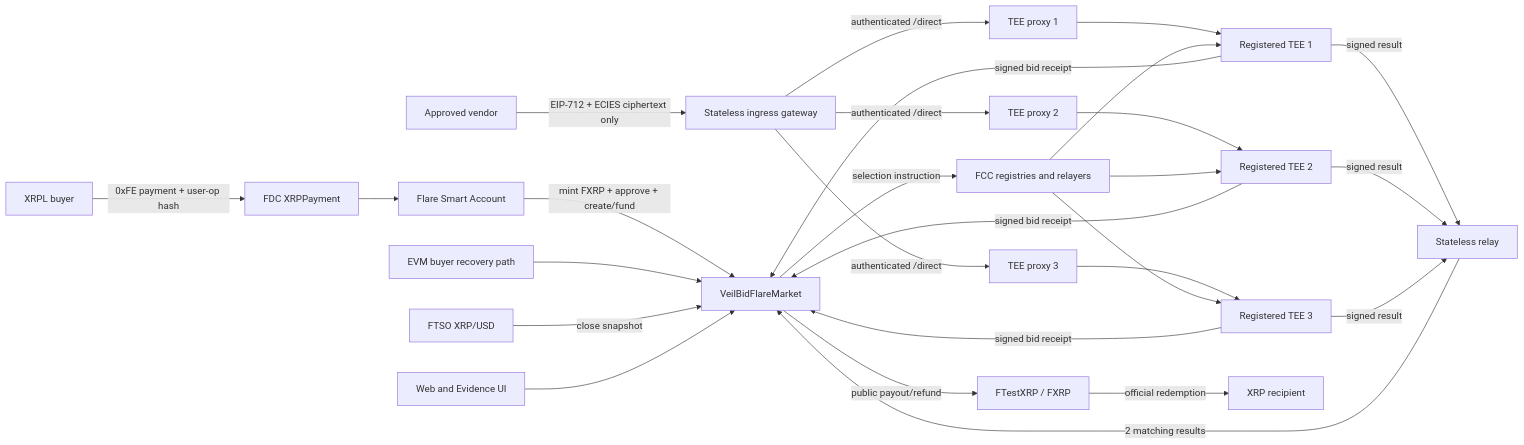
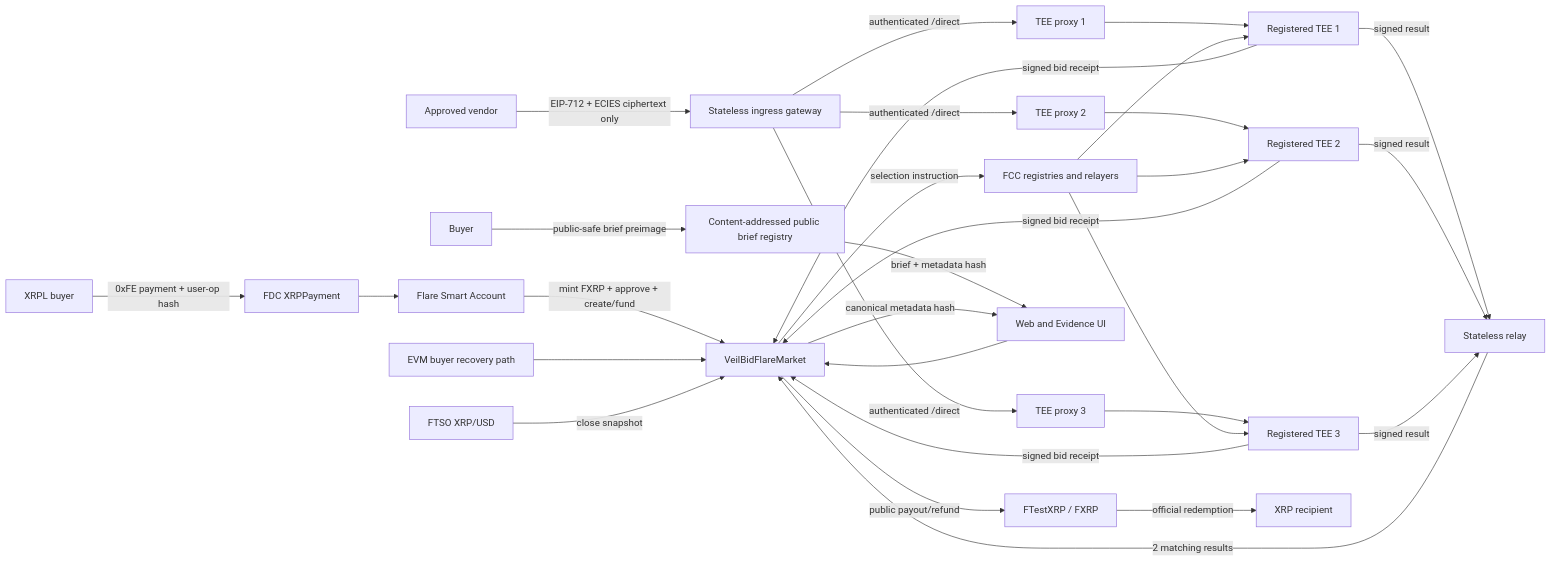
The first of 2 diagrams in docs/architecture.md (huutrungle2001/flare-quorum), drawn with Mermaid before and after one commit. The commit also changed other lines of this file and 39 other files, not shown here.

Commit message:
feat(web): clarify procurement workflows and public briefs

````diff
--- a/docs/architecture.md
+++ b/docs/architecture.md
@@ -21,34 +21,37 @@
 ```mermaid
 flowchart LR
     XRPL[XRPL buyer] -->|0xFE payment + user-op hash| FDC[FDC XRPPayment]
     FDC --> SA[Flare Smart Account]
     SA -->|mint FXRP + approve + create/fund| Market[VeilBidFlareMarket]
 
     EVM[EVM buyer recovery path] --> Market
     Vendor[Approved vendor] -->|EIP-712 + ECIES ciphertext only| Ingress[Stateless ingress gateway]
     Ingress -->|authenticated /direct| P1[TEE proxy 1]
     Ingress -->|authenticated /direct| P2[TEE proxy 2]
     Ingress -->|authenticated /direct| P3[TEE proxy 3]
 
     P1 --> T1[Registered TEE 1]
     P2 --> T2[Registered TEE 2]
     P3 --> T3[Registered TEE 3]
     T1 -->|signed bid receipt| Market
     T2 -->|signed bid receipt| Market
     T3 -->|signed bid receipt| Market
 
     FTSO[FTSO XRP/USD] -->|close snapshot| Market
     Market -->|selection instruction| FCC[FCC registries and relayers]
     FCC --> T1
     FCC --> T2
     FCC --> T3
 
     T1 -->|signed result| Relay[Stateless relay]
     T2 -->|signed result| Relay
     T3 -->|signed result| Relay
     Relay -->|2 matching results| Market
 
     Market -->|public payout/refund| FXRP[FTestXRP / FXRP]
     FXRP -->|official redemption| XRP[XRP recipient]
     Web[Web and Evidence UI] --> Market
+    Buyer -->|public-safe brief preimage| BriefRegistry[Content-addressed public brief registry]
+    BriefRegistry -->|brief + metadata hash| Web
+    Market -->|canonical metadata hash| Web
 ```
````
